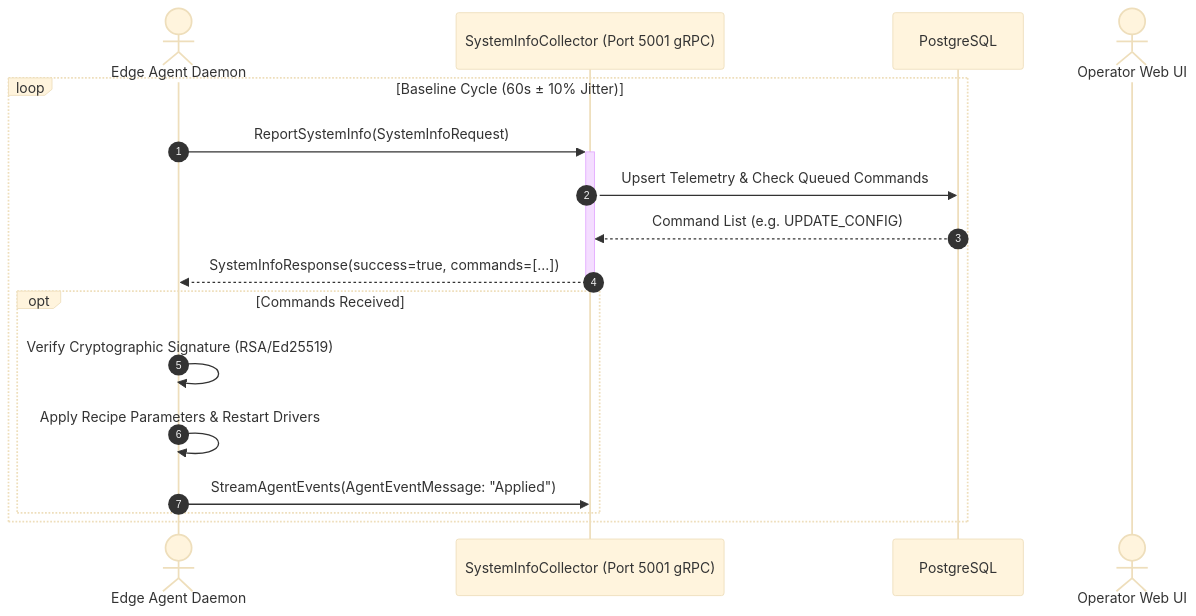
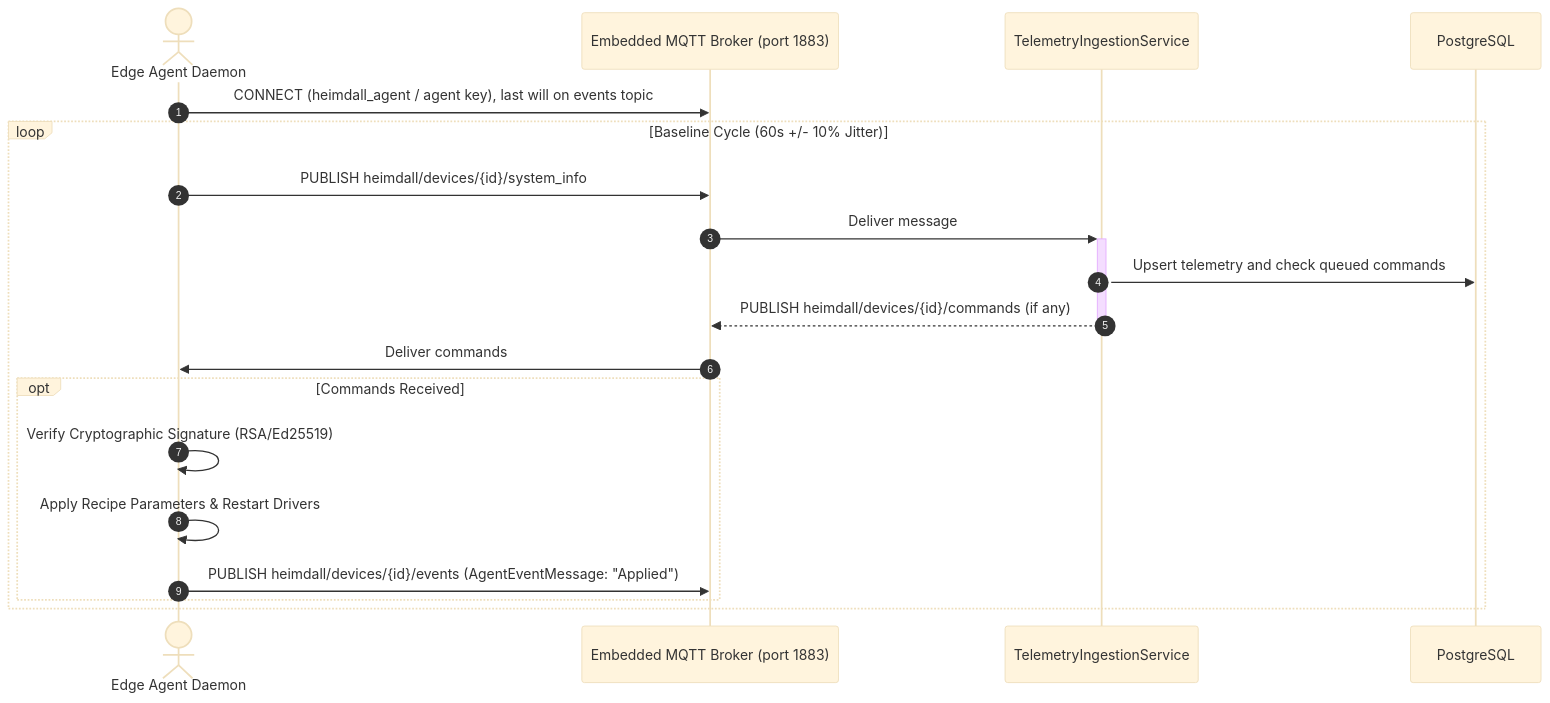
Before and after one commit to 0xLufis/heimdall: the diagram in docs/architecture/EDGE_AGENT_AND_PROTOCOLS.md, drawn with Mermaid (base theme). The commit also changed other lines of this file and 9 other files, not shown here.

First line of the commit message:
docs: architecture documents and generated sequence diagrams describe MQTT, PKI and kiosk paths

````diff
--- a/docs/architecture/EDGE_AGENT_AND_PROTOCOLS.md
+++ b/docs/architecture/EDGE_AGENT_AND_PROTOCOLS.md
@@ -306,21 +327,23 @@
 ```mermaid
 sequenceDiagram
     autonumber
     actor Agent as Edge Agent Daemon
-    participant Grpc as SystemInfoCollector (Port 5001 gRPC)
+    participant Broker as Embedded MQTT Broker (port 1883)
+    participant Ingest as TelemetryIngestionService
     participant DB as PostgreSQL
-    actor Web as Operator Web UI
 
-    loop Baseline Cycle (60s ± 10% Jitter)
-        Agent->>+Grpc: ReportSystemInfo(SystemInfoRequest)
-        Grpc->>DB: Upsert Telemetry & Check Queued Commands
-        DB-->>Grpc: Command List (e.g. UPDATE_CONFIG)
-        Grpc-->>-Agent: SystemInfoResponse(success=true, commands=[...])
-        
+    Agent->>Broker: CONNECT (heimdall_agent / agent key), last will on events topic
+    loop Baseline Cycle (60s +/- 10% Jitter)
+        Agent->>Broker: PUBLISH heimdall/devices/{id}/system_info
+        Broker->>+Ingest: Deliver message
+        Ingest->>DB: Upsert telemetry and check queued commands
+        Ingest-->>-Broker: PUBLISH heimdall/devices/{id}/commands (if any)
+        Broker->>Agent: Deliver commands
+
         opt Commands Received
             Agent->>Agent: Verify Cryptographic Signature (RSA/Ed25519)
             Agent->>Agent: Apply Recipe Parameters & Restart Drivers
-            Agent->>Grpc: StreamAgentEvents(AgentEventMessage: "Applied")
+            Agent->>Broker: PUBLISH heimdall/devices/{id}/events (AgentEventMessage: "Applied")
         end
     end
 ```
````
